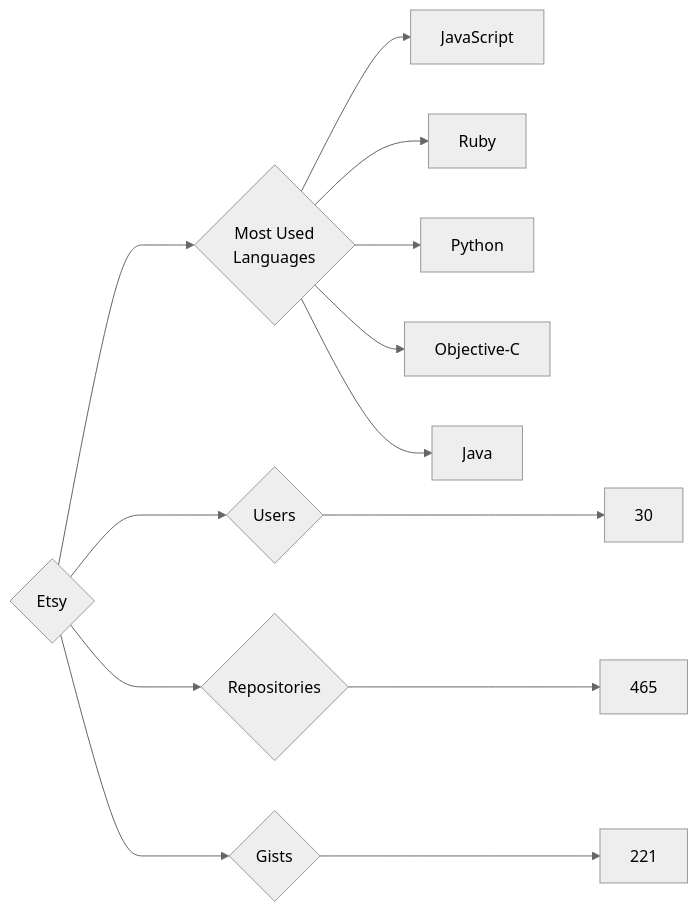
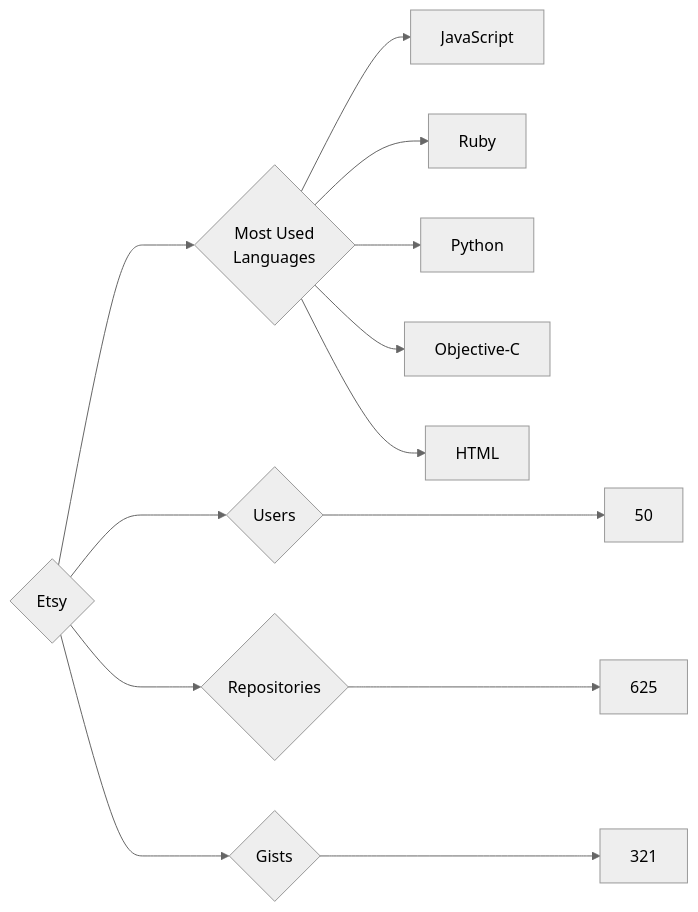
The diagram in targets/Etsy/README.md (trickest/insiders), drawn with Mermaid (neutral theme) before and after one commit. The commit also changed 951 other files, not shown here.

````diff
--- a/targets/Etsy/README.md
+++ b/targets/Etsy/README.md
@@ -3,13 +3,13 @@
 ```mermaid
 graph LR
 COMPANY_NAME{Etsy}
-COMPANY_NAME ---> U{Users} ---> UN[30]
-COMPANY_NAME ---> R{Repositories} ---> RN[465]
-COMPANY_NAME ---> G{Gists} ---> GN[221]
+COMPANY_NAME ---> U{Users} ---> UN[50]
+COMPANY_NAME ---> R{Repositories} ---> RN[625]
+COMPANY_NAME ---> G{Gists} ---> GN[321]
 COMPANY_NAME ---> ML{Most Used<br>Languages}
-ML --> JavaScript
-ML --> Ruby
-ML --> Python
-ML --> Objective-C
-ML --> Java
+ML --> JavaScript[JavaScript]
+ML --> Ruby[Ruby]
+ML --> Python[Python]
+ML --> Objective-C[Objective-C]
+ML --> HTML[HTML]
 ```
````
